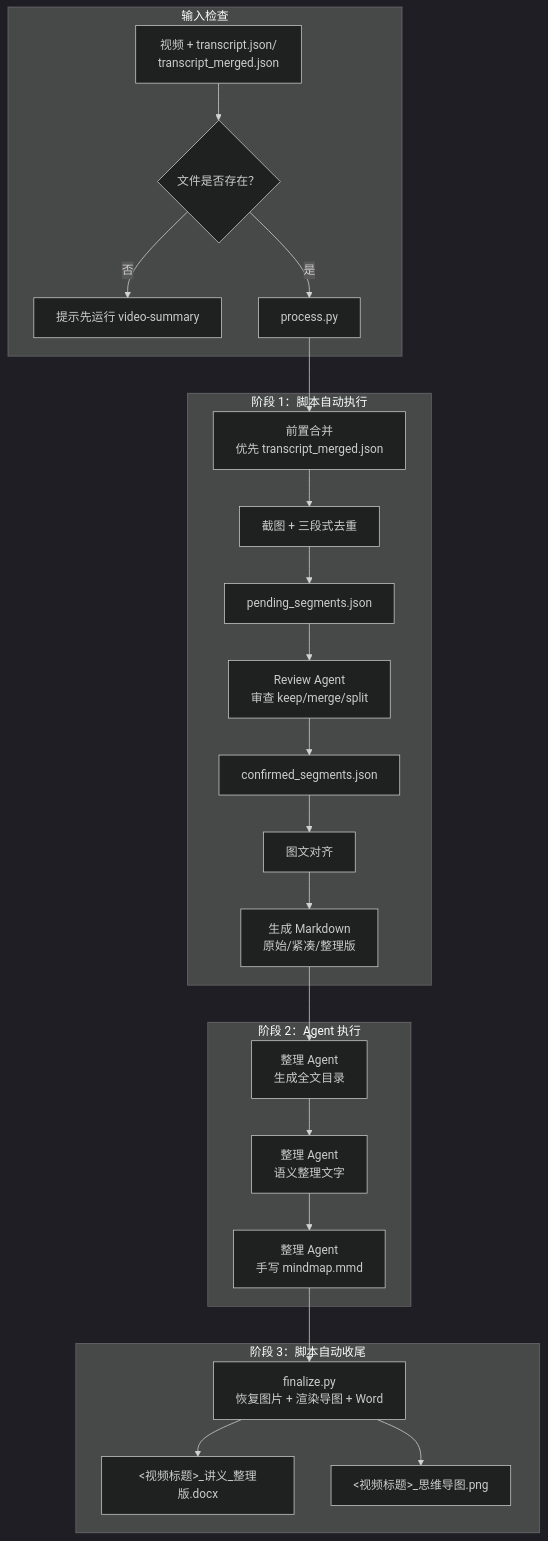
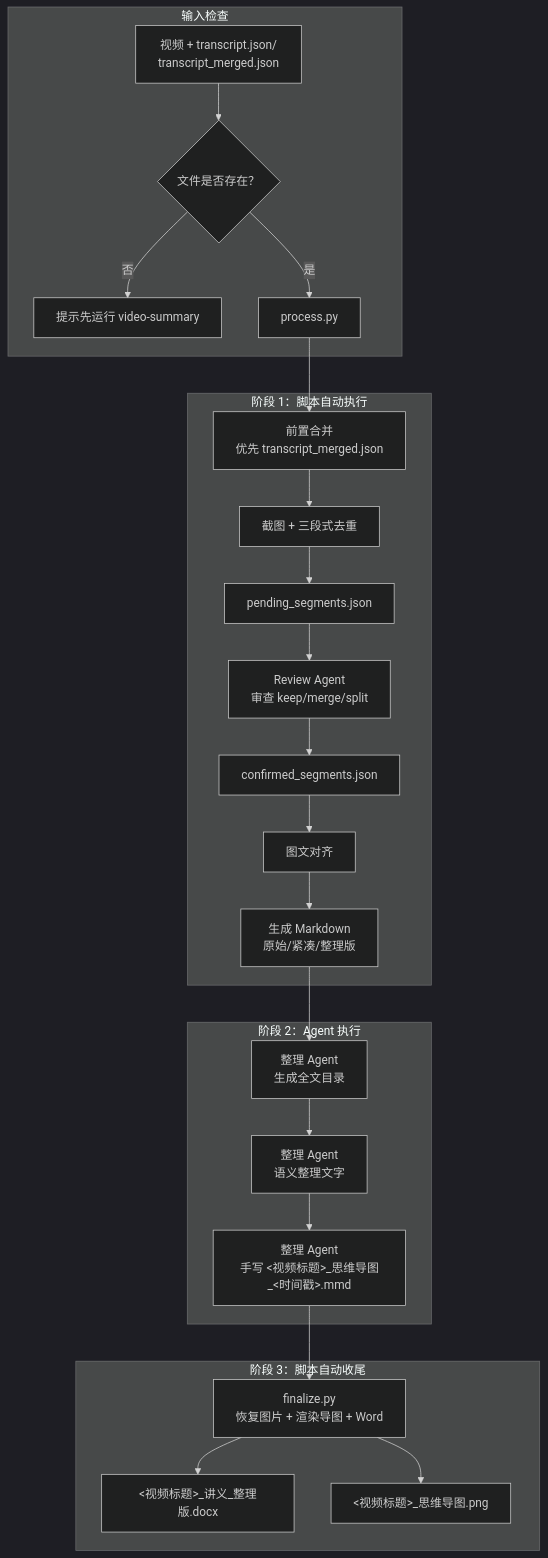
One commit to jarvislee90s-dot/VideoToDoc-skills changed the second of 2 diagrams in .agents/skills/video-to-slides/SKILL.md. Above: the diagram before and after it, drawn with Mermaid (dark theme). The commit also changed other lines of this file and 3 other files, not shown here.

First line of the commit message:
fix(mindmap): glob 匹配时间戳命名 + 统一 SKILL.md 约定（任务 3/5）

````diff
--- a/.agents/skills/video-to-slides/SKILL.md
+++ b/.agents/skills/video-to-slides/SKILL.md
@@ -87,30 +87,30 @@
 ```mermaid
 flowchart TB
     subgraph input ["输入检查"]
         A[视频 + transcript.json/<br/>transcript_merged.json] --> B{文件是否存在？}
         B -- 否 --> C[提示先运行 video-summary]
         B -- 是 --> D[process.py]
     end
 
     subgraph p1 ["阶段 1：脚本自动执行"]
         D --> E[前置合并<br/>优先 transcript_merged.json]
         E --> F[截图 + 三段式去重]
         F --> G[pending_segments.json]
         G --> H[Review Agent<br/>审查 keep/merge/split]
         H --> I[confirmed_segments.json]
         I --> J[图文对齐]
         J --> K[生成 Markdown<br/>原始/紧凑/整理版]
     end
 
     subgraph p2 ["阶段 2：Agent 执行"]
         K --> L[整理 Agent<br/>生成全文目录]
         L --> M[整理 Agent<br/>语义整理文字]
-        M --> N[整理 Agent<br/>手写 mindmap.mmd]
+        M --> N[整理 Agent<br/>手写 <视频标题>_思维导图_<时间戳>.mmd]
     end
 
     subgraph p3 ["阶段 3：脚本自动收尾"]
         N --> O[finalize.py<br/>恢复图片 + 渲染导图 + Word]
         O --> Q[<视频标题>_讲义_整理版.docx]
         O --> R[<视频标题>_思维导图.png]
     end
 ```
````
